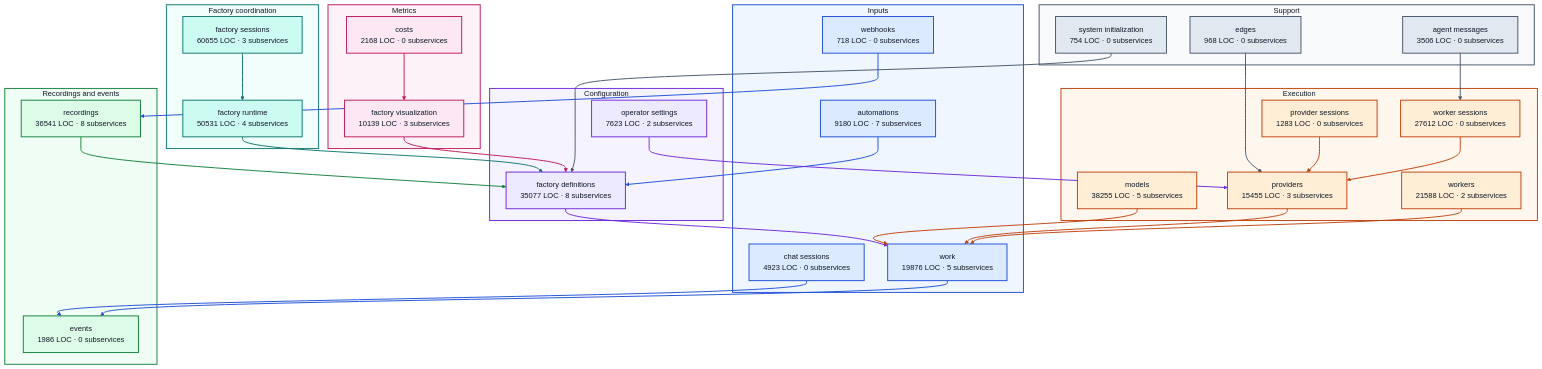
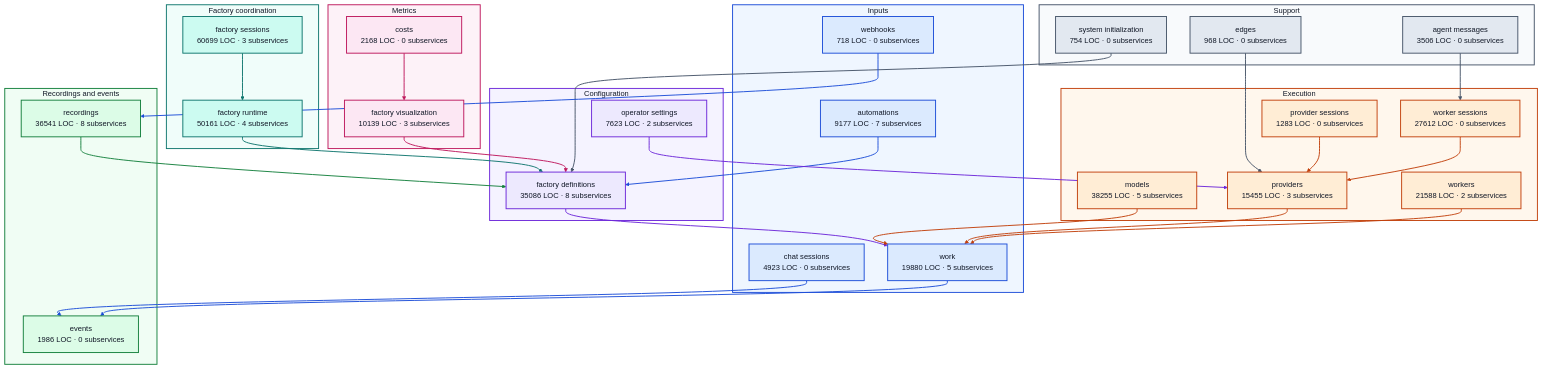
One commit to portpowered/you-agent-factory changed the diagram in docs/architecture/visualizations/high-level-backend.md. Above: the diagram before and after it, drawn with Mermaid. The commit also changed other lines of this file and 21 other files, not shown here.

Commit message:
docs: refresh backend architecture visualizations

````diff
--- a/docs/architecture/visualizations/high-level-backend.md
+++ b/docs/architecture/visualizations/high-level-backend.md
@@ -3,18 +3,18 @@
 ```mermaid
 flowchart TB
   subgraph input["Inputs"]
-    s_services_automations["automations<br/>9180 LOC · 7 subservices"]
+    s_services_automations["automations<br/>9177 LOC · 7 subservices"]
     s_services_chat_sessions["chat sessions<br/>4923 LOC · 0 subservices"]
     s_services_webhooks["webhooks<br/>718 LOC · 0 subservices"]
-    s_services_work["work<br/>19876 LOC · 5 subservices"]
+    s_services_work["work<br/>19880 LOC · 5 subservices"]
   end
   subgraph configuration["Configuration"]
-    s_services_factory_definitions["factory definitions<br/>35077 LOC · 8 subservices"]
+    s_services_factory_definitions["factory definitions<br/>35086 LOC · 8 subservices"]
     s_services_operator_settings["operator settings<br/>7623 LOC · 2 subservices"]
   end
   subgraph coordination["Factory coordination"]
-    s_services_factory_runtime["factory runtime<br/>50531 LOC · 4 subservices"]
-    s_services_factory_sessions["factory sessions<br/>60655 LOC · 3 subservices"]
+    s_services_factory_runtime["factory runtime<br/>50161 LOC · 4 subservices"]
+    s_services_factory_sessions["factory sessions<br/>60699 LOC · 3 subservices"]
   end
   subgraph execution["Execution"]
     s_services_models["models<br/>38255 LOC · 5 subservices"]
````
